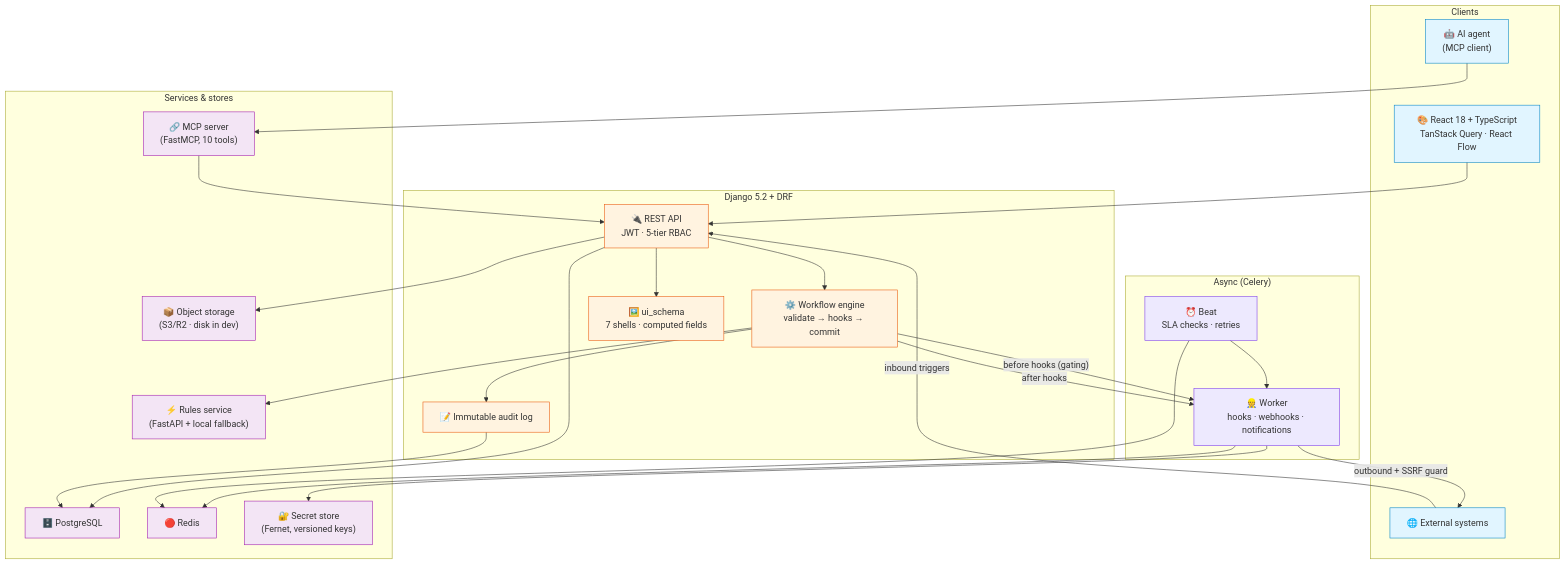
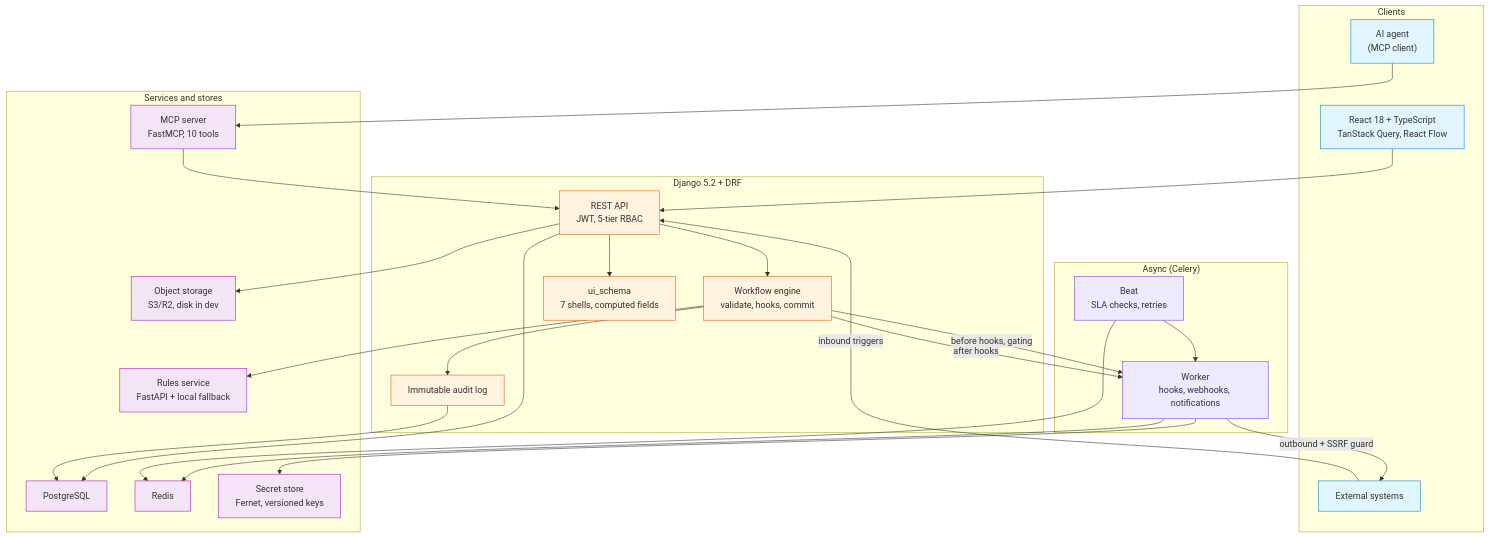
One commit to TestingCodings/FlowForge changed the diagram in README.md. Above: the diagram before and after it, drawn with Mermaid.

Commit message:
docs: fix the architecture diagram failing to render on GitHub
GitHub reported 'Cannot read properties of undefined (reading render)'.
Two things in the diagram were version-sensitive:

* a literal '&' inside a node label ('Services & stores') — it rendered in
  a local preview only because that copy had it escaped as &amp;
* a chained edge (A --> B --> C), split into separate statements

Also dropped the emoji from node labels. They are decoration, and they were
one more thing that had to survive whichever mermaid build GitHub is on.

````diff
--- a/README.md
+++ b/README.md
@@ -28,60 +28,61 @@
 ```mermaid
 graph TB
     subgraph clients["Clients"]
-        UI["🎨 React 18 + TypeScript<br/>TanStack Query · React Flow"]
-        Agent["🤖 AI agent<br/>(MCP client)"]
-        Ext["🌐 External systems"]
+        UI["React 18 + TypeScript<br/>TanStack Query, React Flow"]
+        Agent["AI agent<br/>(MCP client)"]
+        Ext["External systems"]
     end
 
-    subgraph django["Django 5.2 + DRF"]
-        API["🔌 REST API<br/>JWT · 5-tier RBAC"]
-        Engine["⚙️ Workflow engine<br/>validate → hooks → commit"]
-        Shells["🖼️ ui_schema<br/>7 shells · computed fields"]
-        Audit["📝 Immutable audit log"]
+    subgraph core["Django 5.2 + DRF"]
+        API["REST API<br/>JWT, 5-tier RBAC"]
+        Engine["Workflow engine<br/>validate, hooks, commit"]
+        Shells["ui_schema<br/>7 shells, computed fields"]
+        Audit["Immutable audit log"]
     end
 
-    subgraph async["Async (Celery)"]
-        Worker["👷 Worker<br/>hooks · webhooks · notifications"]
-        Beat["⏰ Beat<br/>SLA checks · retries"]
+    subgraph queue["Async (Celery)"]
+        Worker["Worker<br/>hooks, webhooks, notifications"]
+        Beat["Beat<br/>SLA checks, retries"]
     end
 
-    subgraph stores["Services & stores"]
-        MCP["🔗 MCP server<br/>(FastMCP, 10 tools)"]
-        RulesMS["⚡ Rules service<br/>(FastAPI + local fallback)"]
-        PG["🗄️ PostgreSQL"]
-        Redis["🔴 Redis"]
-        Blob["📦 Object storage<br/>(S3/R2 · disk in dev)"]
-        Secrets["🔐 Secret store<br/>(Fernet, versioned keys)"]
+    subgraph stores["Services and stores"]
+        MCP["MCP server<br/>FastMCP, 10 tools"]
+        RulesMS["Rules service<br/>FastAPI + local fallback"]
+        PG["PostgreSQL"]
+        Redis["Redis"]
+        Blob["Object storage<br/>S3/R2, disk in dev"]
+        Secrets["Secret store<br/>Fernet, versioned keys"]
     end
 
     UI --> API
-    Agent --> MCP --> API
-    Ext -->|"inbound triggers"| API
+    Agent --> MCP
+    MCP --> API
+    Ext -->|inbound triggers| API
 
     API --> Engine
     API --> Shells
     Engine --> RulesMS
     Engine --> Audit
-    Engine -->|"before hooks (gating)"| Worker
-    Engine -->|"after hooks"| Worker
+    Engine -->|before hooks, gating| Worker
+    Engine -->|after hooks| Worker
 
-    Worker -->|"outbound + SSRF guard"| Ext
+    Worker -->|outbound + SSRF guard| Ext
     Worker --> Secrets
     Beat --> Worker
     Worker --> Redis
     Beat --> Redis
 
     API --> PG
     API --> Blob
     Audit --> PG
 
     classDef client fill:#e1f5ff,stroke:#0284c7
-    classDef core fill:#fff3e0,stroke:#ea580c
-    classDef queue fill:#ede9fe,stroke:#7c3aed
+    classDef backend fill:#fff3e0,stroke:#ea580c
+    classDef async fill:#ede9fe,stroke:#7c3aed
     classDef store fill:#f3e5f5,stroke:#a21caf
 
     class UI,Agent,Ext client
-    class API,Engine,Shells,Audit core
-    class Worker,Beat queue
+    class API,Engine,Shells,Audit backend
+    class Worker,Beat async
     class MCP,RulesMS,PG,Redis,Blob,Secrets store
 ```
````
